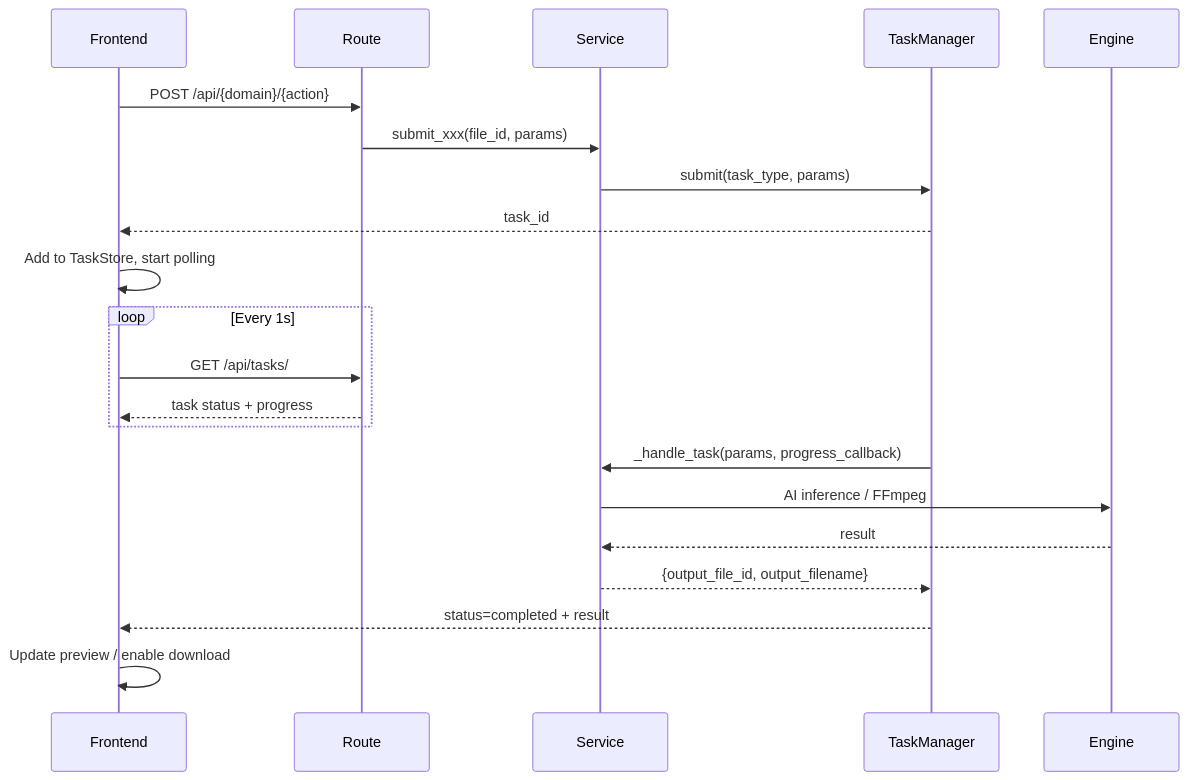
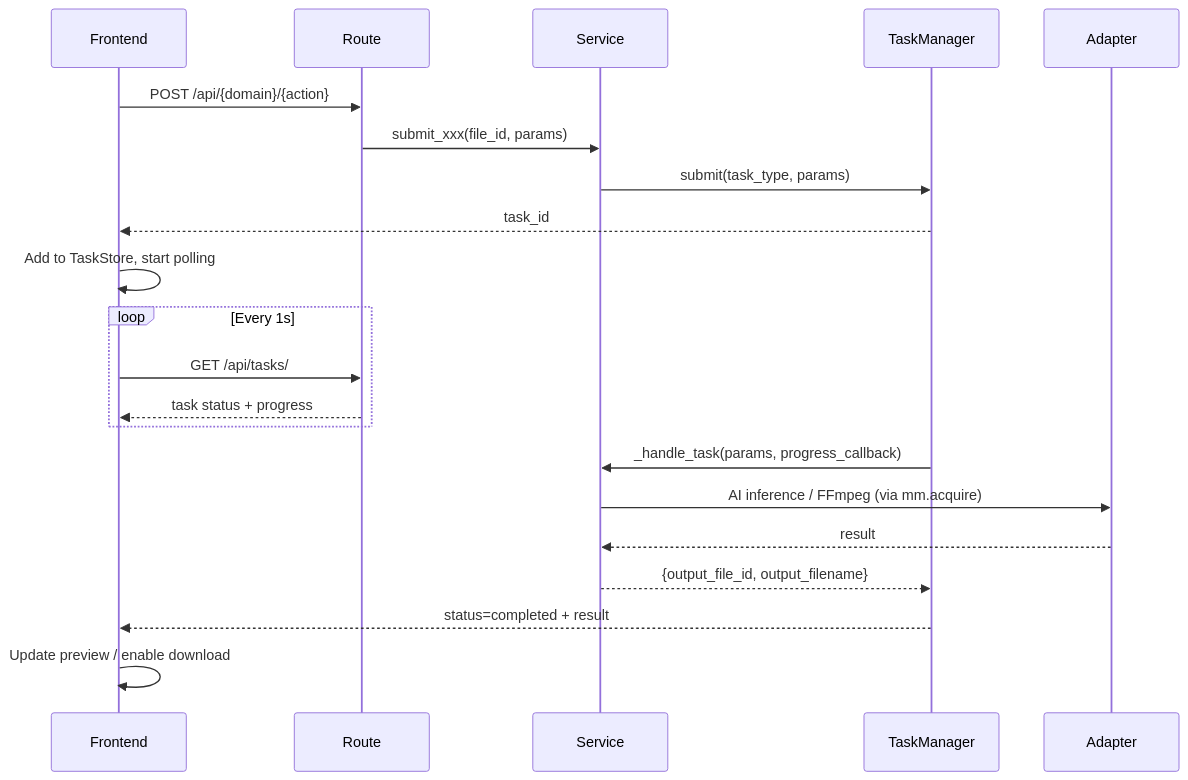
One commit to sw-willie-wu/MediaTranX changed the fifth of 5 diagrams in docs/ARCHITECTURE.md. Above: the diagram before and after it, drawn with Mermaid. The commit also changed other lines of this file and 1 other file, not shown here.

First line of the commit message:
docs: align spec with engine→adapters restructure

````diff
--- a/docs/ARCHITECTURE.md
+++ b/docs/ARCHITECTURE.md
@@ -202,27 +209,27 @@
 ```mermaid
 sequenceDiagram
     participant FE as Frontend
     participant R as Route
     participant S as Service
     participant TM as TaskManager
-    participant E as Engine
+    participant A as Adapter
 
     FE->>R: POST /api/{domain}/{action}
     R->>S: submit_xxx(file_id, params)
     S->>TM: submit(task_type, params)
     TM-->>FE: task_id
     FE->>FE: Add to TaskStore, start polling
 
     loop Every 1s
         FE->>R: GET /api/tasks/
         R-->>FE: task status + progress
     end
 
     TM->>S: _handle_task(params, progress_callback)
-    S->>E: AI inference / FFmpeg
-    E-->>S: result
+    S->>A: AI inference / FFmpeg (via mm.acquire)
+    A-->>S: result
     S-->>TM: {output_file_id, output_filename}
     TM-->>FE: status=completed + result
 
     FE->>FE: Update preview / enable download
 ```
````
